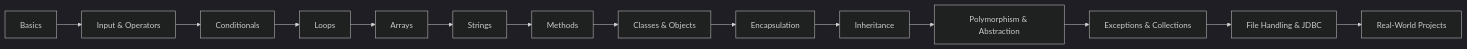
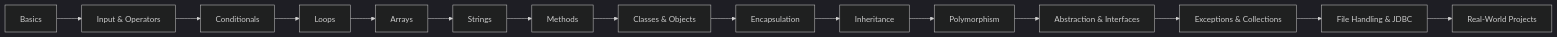
The first of 3 diagrams in README.md (tejasbargat16-ux/Java-Learning-Journey), drawn with Mermaid (dark theme) before and after one commit. The commit also changed other lines of this file and 1 other file, not shown here.

````diff
--- a/README.md
+++ b/README.md
@@ -79,16 +80,17 @@
 ```mermaid
 flowchart LR
     A[Basics] --> B[Input & Operators]
     B --> C[Conditionals]
     C --> D[Loops]
     D --> E[Arrays]
     E --> F[Strings]
     F --> G[Methods]
     G --> H[Classes & Objects]
     H --> I[Encapsulation]
     I --> J[Inheritance]
-    J --> K[Polymorphism & Abstraction]
-    K --> L[Exceptions & Collections]
-    L --> M[File Handling & JDBC]
-    M --> N[Real-World Projects]
+    J --> K[Polymorphism]
+    K --> L[Abstraction & Interfaces]
+    L --> M[Exceptions & Collections]
+    M --> N[File Handling & JDBC]
+    N --> O[Real-World Projects]
 ```
````
